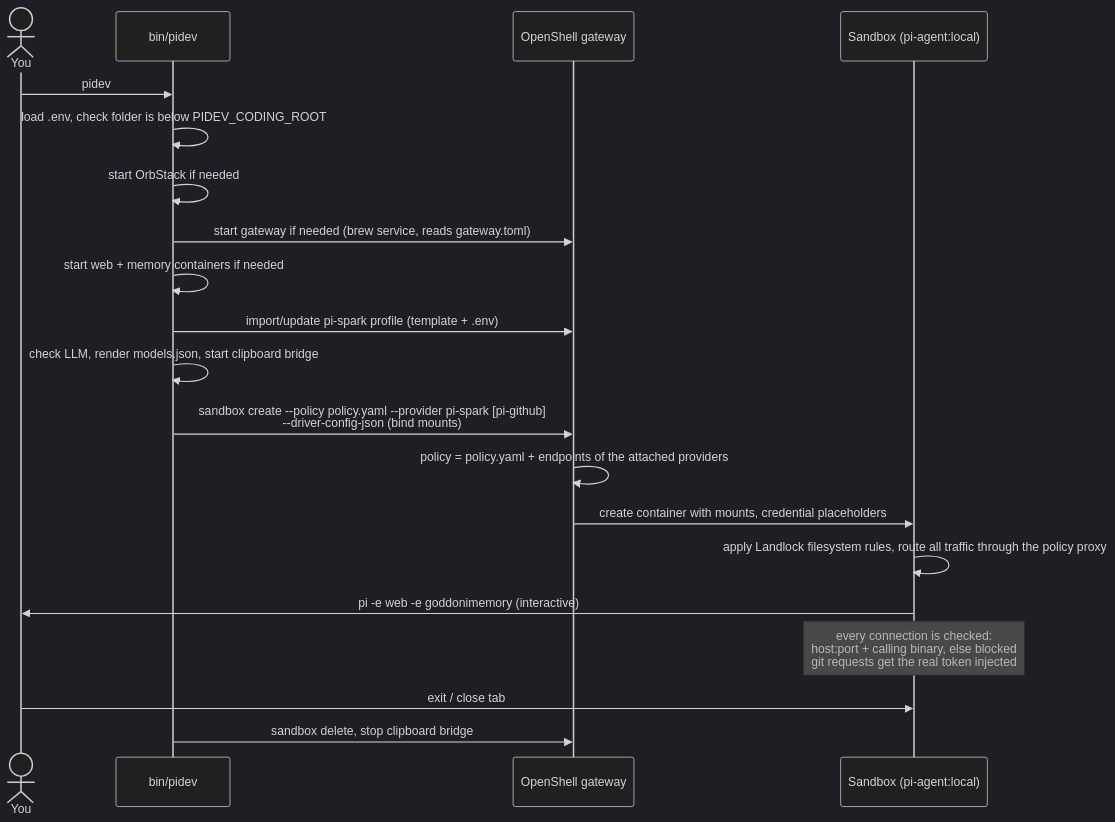
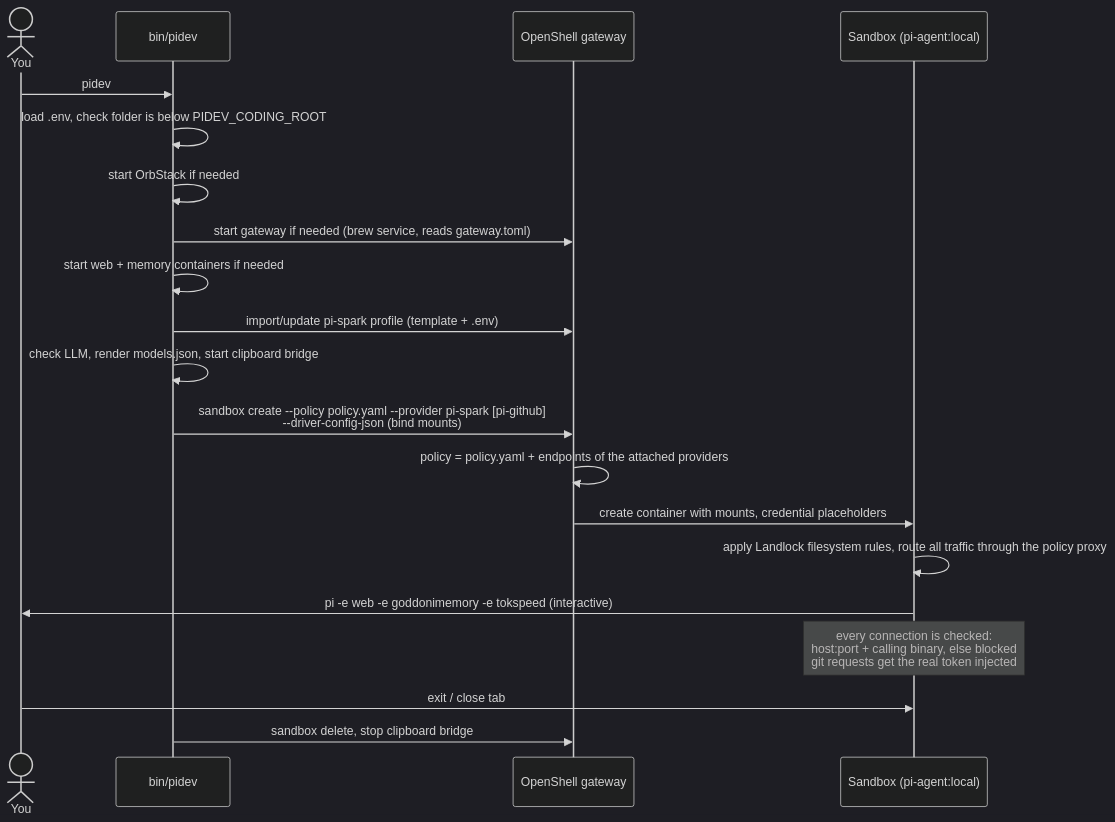
Before and after one commit to severingoddon/coding-agent: the second of 2 diagrams in README.md, drawn with Mermaid (dark theme). The commit also changed other lines of this file and 1 other file, not shown here.

First line of the commit message:
tokspeed: show total response time; document extension rebuild workflow

````diff
--- a/README.md
+++ b/README.md
@@ -55,22 +55,22 @@
 ```mermaid
 sequenceDiagram
   actor U as You
   participant B as bin/pidev
   participant G as OpenShell gateway
   participant S as Sandbox (pi-agent:local)
   U->>B: pidev
   B->>B: load .env, check folder is below PIDEV_CODING_ROOT
   B->>B: start OrbStack if needed
   B->>G: start gateway if needed (brew service, reads gateway.toml)
   B->>B: start web + memory containers if needed
   B->>G: import/update pi-spark profile (template + .env)
   B->>B: check LLM, render models.json, start clipboard bridge
   B->>G: sandbox create --policy policy.yaml --provider pi-spark [pi-github]<br/>--driver-config-json (bind mounts)
   G->>G: policy = policy.yaml + endpoints of the attached providers
   G->>S: create container with mounts, credential placeholders
   S->>S: apply Landlock filesystem rules, route all traffic through the policy proxy
-  S->>U: pi -e web -e goddonimemory (interactive)
+  S->>U: pi -e web -e goddonimemory -e tokspeed (interactive)
   Note over S: every connection is checked:<br/>host:port + calling binary, else blocked<br/>git requests get the real token injected
   U->>S: exit / close tab
   B->>G: sandbox delete, stop clipboard bridge
 ```
````
